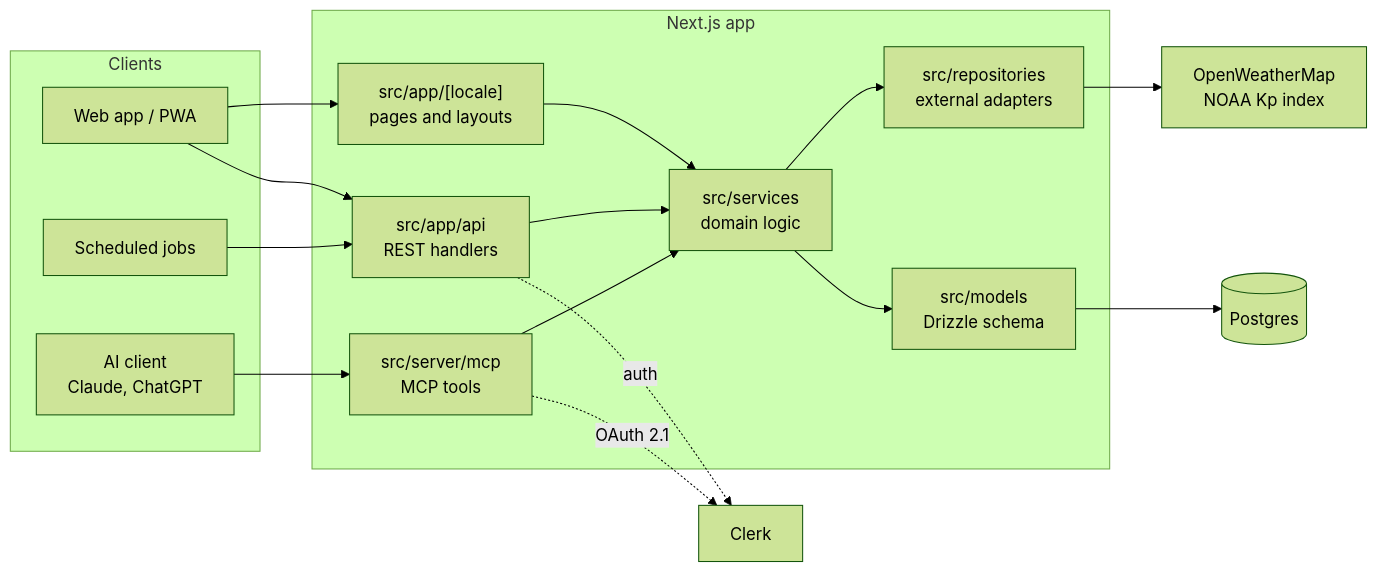
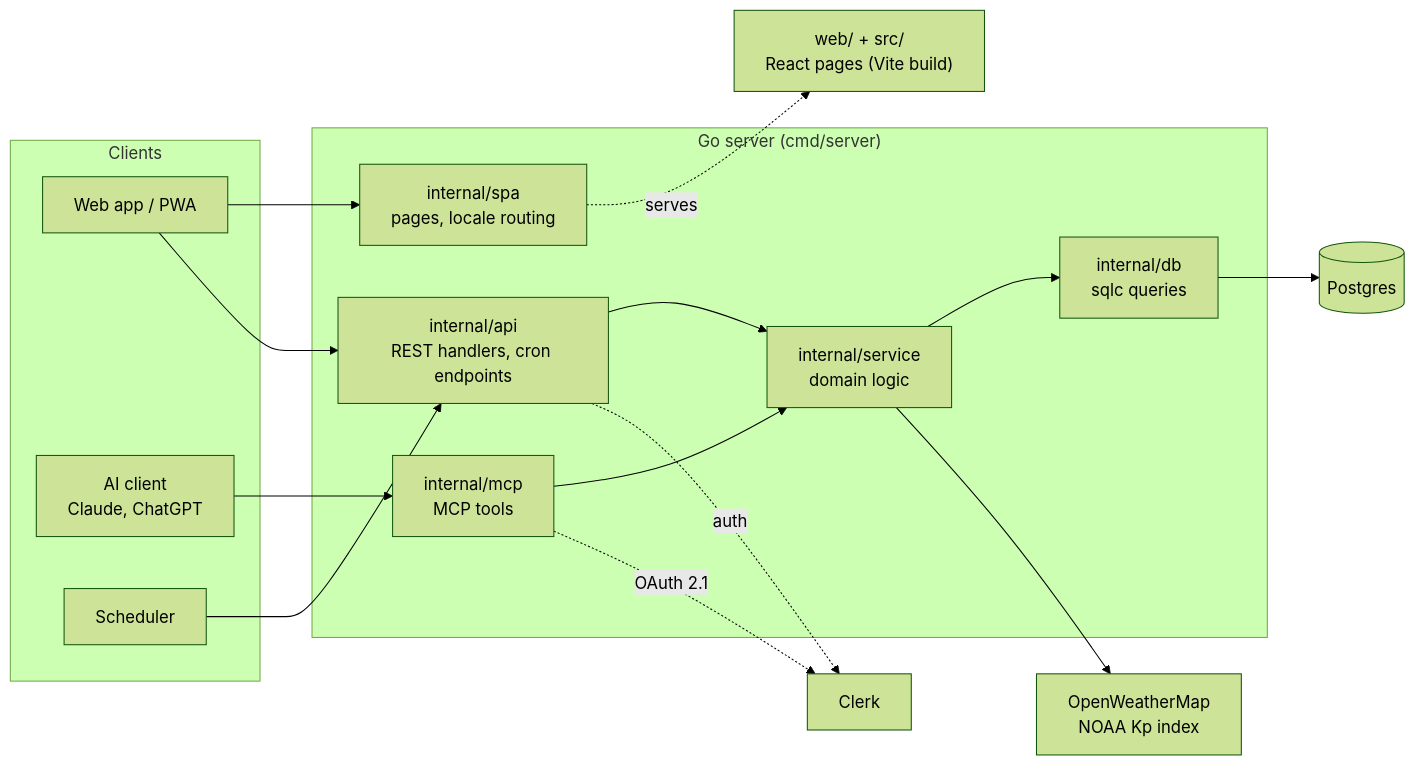
Before and after one commit to denysovkos/migraine.club: the diagram in README.md, drawn with Mermaid (forest theme). The commit also changed other lines of this file and 707 other files, not shown here.

````diff
--- a/README.md
+++ b/README.md
@@ -80,31 +81,31 @@
 ```mermaid
 flowchart LR
     subgraph Clients
         PWA[Web app / PWA]
         AI[AI client<br/>Claude, ChatGPT]
-        Cron[Scheduled jobs]
+        Cron[Scheduler]
     end
 
-    subgraph Next["Next.js app"]
-        UI["src/app/[locale]<br/>pages and layouts"]
-        API["src/app/api<br/>REST handlers"]
-        MCP["src/server/mcp<br/>MCP tools"]
-        SVC["src/services<br/>domain logic"]
-        REPO["src/repositories<br/>external adapters"]
-        MODEL["src/models<br/>Drizzle schema"]
+    subgraph Go["Go server (cmd/server)"]
+        SPA["internal/spa<br/>pages, locale routing"]
+        API["internal/api<br/>REST handlers, cron endpoints"]
+        MCP["internal/mcp<br/>MCP tools"]
+        SVC["internal/service<br/>domain logic"]
+        DBQ["internal/db<br/>sqlc queries"]
     end
 
-    PWA --> UI
+    WEB["web/ + src/<br/>React pages (Vite build)"]
+
+    PWA --> SPA
+    SPA -.->|serves| WEB
     PWA --> API
     AI --> MCP
     Cron --> API
-    UI --> SVC
     API --> SVC
     MCP --> SVC
-    SVC --> REPO
-    SVC --> MODEL
-    MODEL --> DB[(Postgres)]
-    REPO --> EXT[OpenWeatherMap<br/>NOAA Kp index]
+    SVC --> DBQ
+    DBQ --> DB[(Postgres)]
+    SVC --> EXT[OpenWeatherMap<br/>NOAA Kp index]
     API -.->|auth| Clerk[Clerk]
     MCP -.->|"OAuth 2.1"| Clerk
 ```
````
